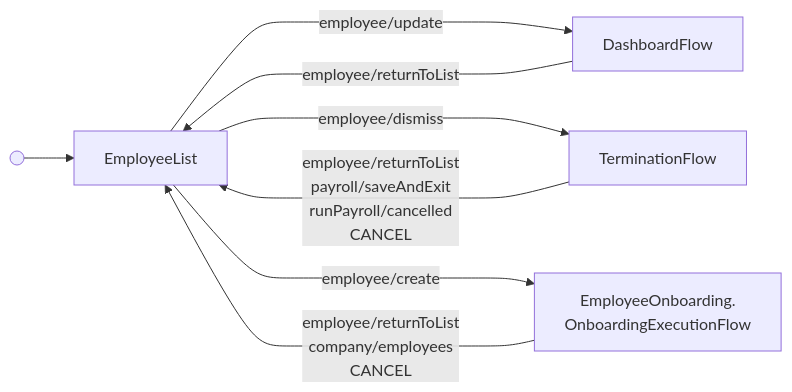
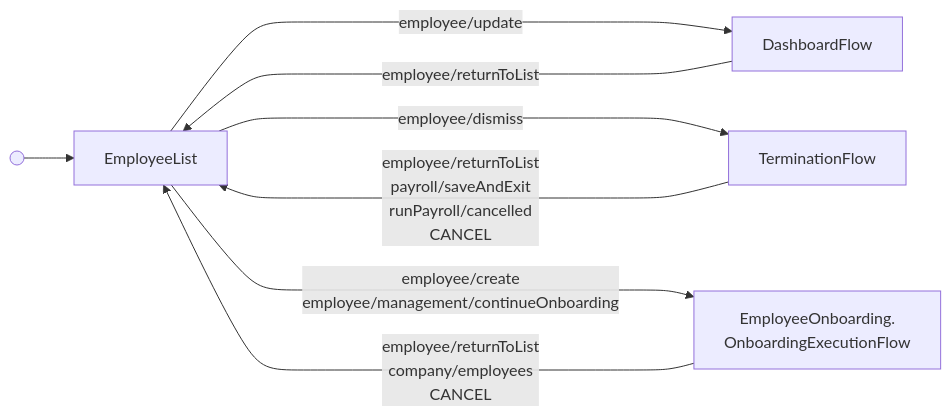
The diagram in docs/reference/employee/management/employee-list-flow.md (Gusto/embedded-react-sdk), drawn with Mermaid before and after one commit. The commit also changed other lines of this file and 20 other files, not shown here.

First line of the commit message:
feat!: match onboarding actions on the management employee list (#3167)

````diff
--- a/docs/reference/employee/management/employee-list-flow.md
+++ b/docs/reference/employee/management/employee-list-flow.md
@@ -82,16 +83,16 @@
 ```mermaid
 flowchart LR
   start@{ shape: sm-circ } --> EmployeeList
 
   EmployeeList ---->|"employee/update"| DashboardFlow
   EmployeeList ---->|"employee/dismiss"| TerminationFlow
-  EmployeeList ---->|"employee/create"| OnboardingExecutionFlow["EmployeeOnboarding.<br/>OnboardingExecutionFlow"]
+  EmployeeList ---->|"employee/create<br/>employee/management/continueOnboarding"| OnboardingExecutionFlow["EmployeeOnboarding.<br/>OnboardingExecutionFlow"]
 
   DashboardFlow -->|"employee/returnToList"| EmployeeList
   TerminationFlow -->|"employee/returnToList<br/>payroll/saveAndExit<br/>runPayroll/cancelled<br/>CANCEL"| EmployeeList
   OnboardingExecutionFlow -->|"employee/returnToList<br/>company/employees<br/>CANCEL"| EmployeeList
 
   class DashboardFlow flow
   class TerminationFlow flow
   class OnboardingExecutionFlow flow
 ```
````
